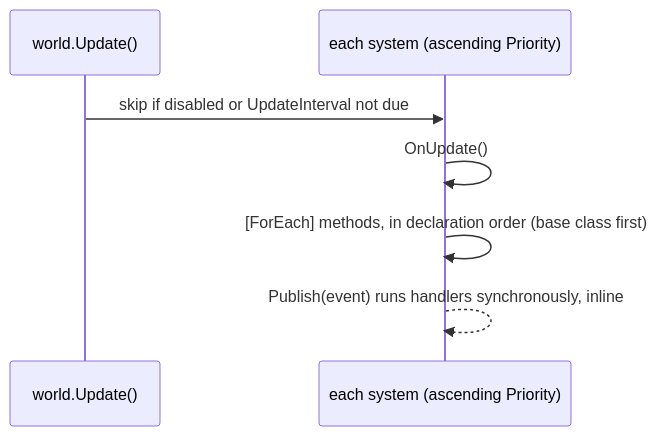
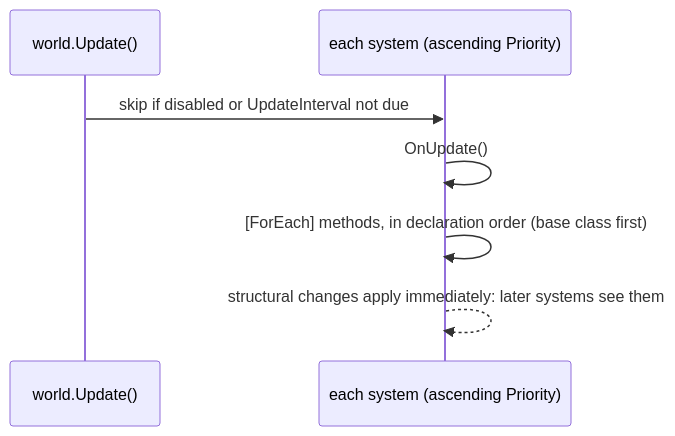
Before and after one commit to JasonXuDeveloper/EasyEcs: the second of 3 diagrams in README.md, drawn with Mermaid. The commit also changed other lines of this file and 5 other files, not shown here.

````diff
--- a/README.md
+++ b/README.md
@@ -116,9 +118,9 @@
 ```mermaid
 sequenceDiagram
     participant U as world.Update()
     participant S as each system (ascending Priority)
     U->>S: skip if disabled or UpdateInterval not due
     S->>S: OnUpdate()
     S->>S: [ForEach] methods, in declaration order (base class first)
-    S-->>S: Publish(event) runs handlers synchronously, inline
+    S-->>S: structural changes apply immediately: later systems see them
 ```
````
